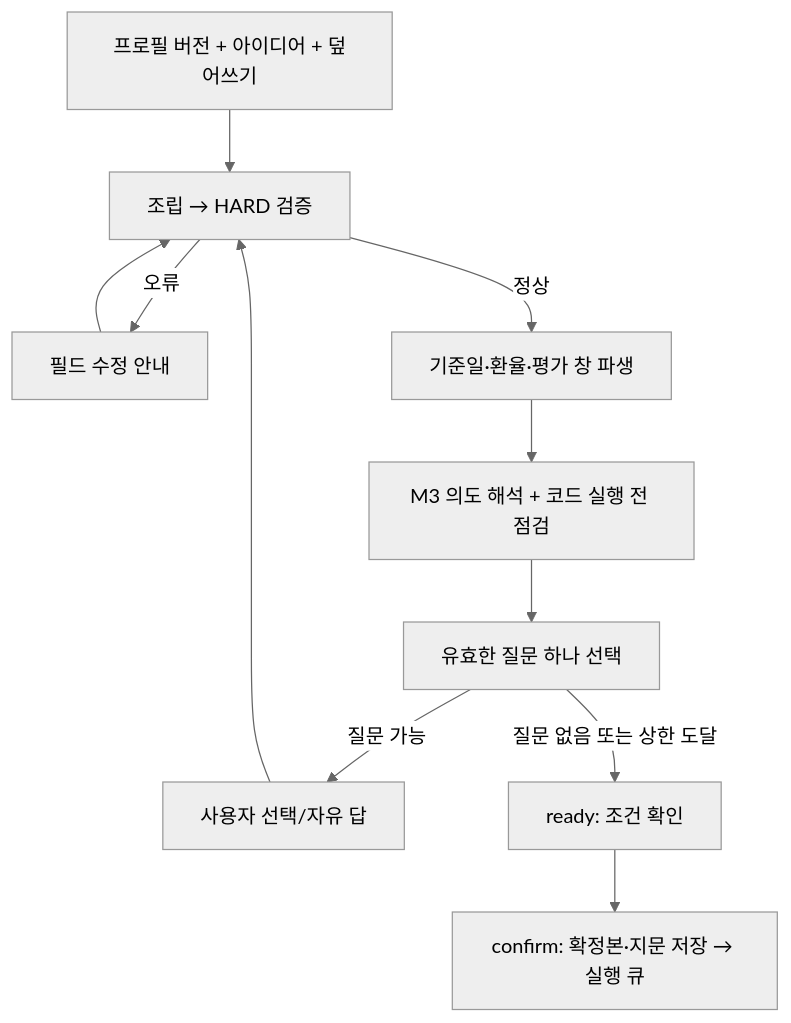
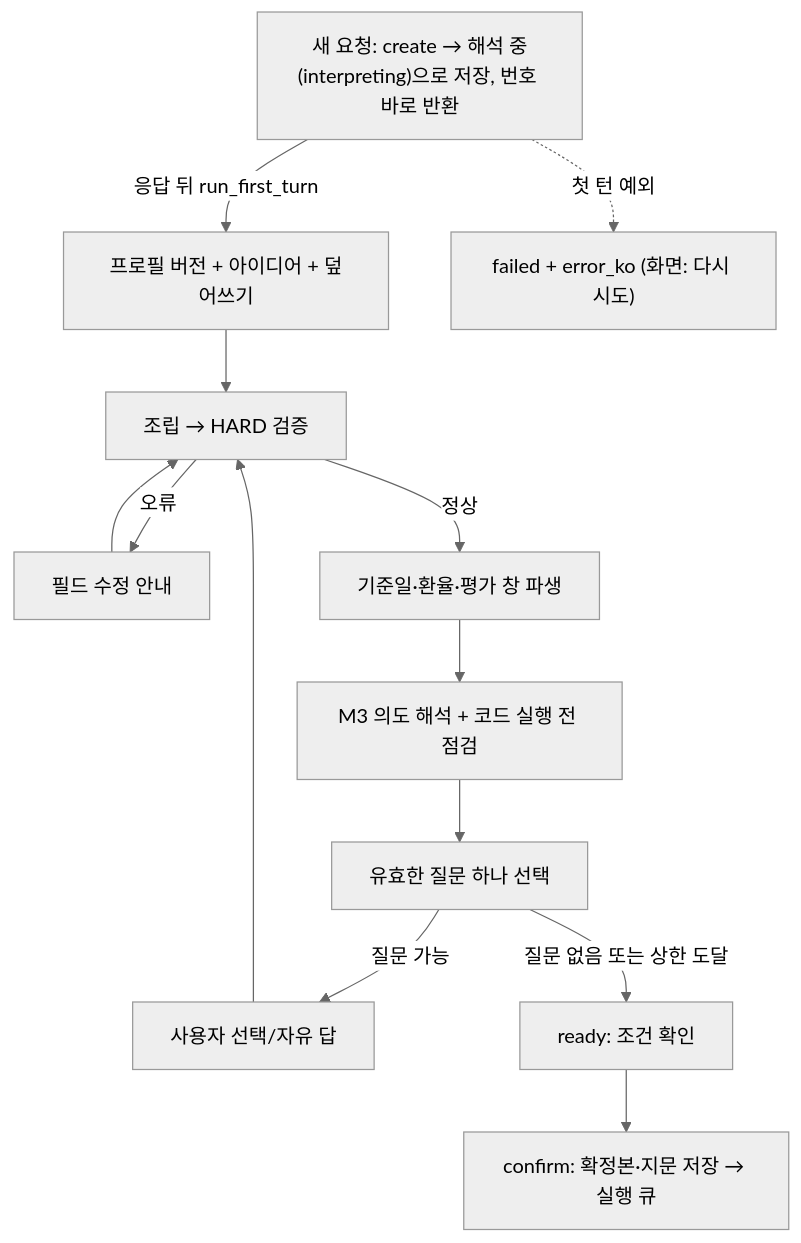
The diagram in docs/구현보고서/m1_request_구현보고서.md (sumb-10/MyFinSight), drawn with Mermaid (neutral theme) before and after one commit. The commit also changed other lines of this file and 27 other files, not shown here.

````diff
--- a/docs/구현보고서/m1_request_구현보고서.md
+++ b/docs/구현보고서/m1_request_구현보고서.md
@@ -38,13 +40,15 @@
 ```mermaid
 flowchart TD
+  N["새 요청: create → 해석 중(interpreting)으로 저장, 번호 바로 반환"] -->|"응답 뒤 run_first_turn"| P
+  N -.->|"첫 턴 예외"| X["failed + error_ko (화면: 다시 시도)"]
   P["프로필 버전 + 아이디어 + 덮어쓰기"] --> A["조립 → HARD 검증"]
   A -->|"오류"| H["필드 수정 안내"]
   H --> A
   A -->|"정상"| D["기준일·환율·평가 창 파생"]
   D --> I["M3 의도 해석 + 코드 실행 전 점검"]
   I --> C["유효한 질문 하나 선택"]
   C -->|"질문 가능"| U["사용자 선택/자유 답"]
   U --> A
   C -->|"질문 없음 또는 상한 도달"| R["ready: 조건 확인"]
   R --> F["confirm: 확정본·지문 저장 → 실행 큐"]
 ```
````
